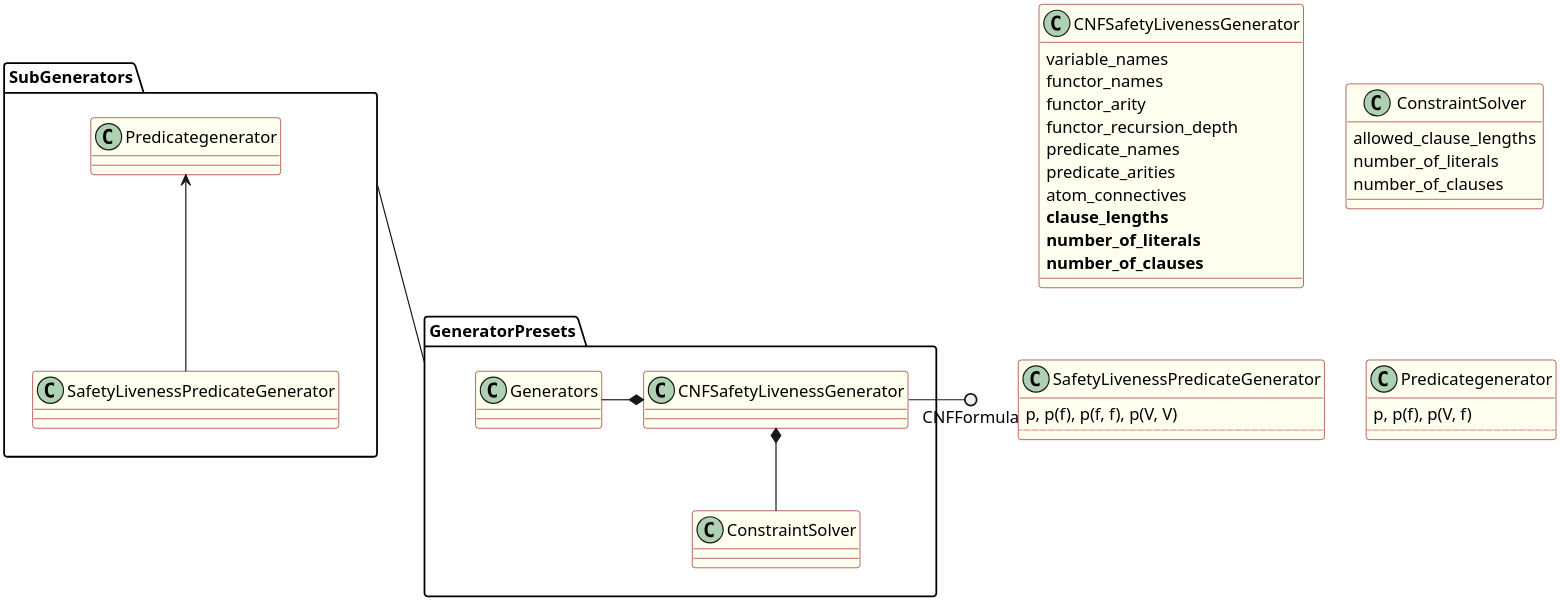
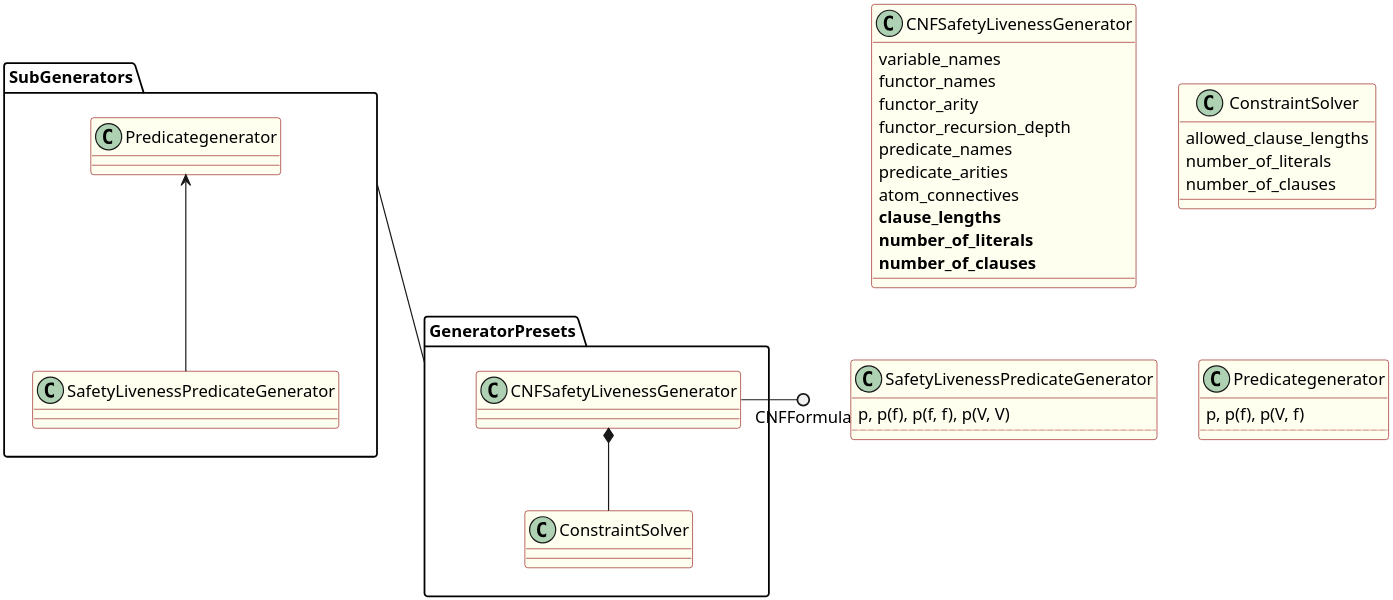
Before and after one commit to Mateusz-Grzelinski/set-research-documentation: the diagram in logic-formula-generator/fol/safety_liveness_predicate_generator.puml, drawn with PlantUML. The commit also changed 14 other files, not shown here.

```diff
--- a/logic-formula-generator/fol/safety_liveness_predicate_generator.puml
+++ b/logic-formula-generator/fol/safety_liveness_predicate_generator.puml
@@ -1,48 +1,47 @@
 @startuml
 skinparam dpi 300
 
 skinparam class {
   backgroundColor Ivory
   borderColor DarkRed
 }
 
 package SubGenerators {
   Predicategenerator <-- SafetyLivenessPredicateGenerator
 }
 package GeneratorPresets {
-  Generators -* CNFSafetyLivenessGenerator
   CNFSafetyLivenessGenerator *-- ConstraintSolver
 }
 SubGenerators -- GeneratorPresets
 CNFSafetyLivenessGenerator -() CNFFormula
 
 class CNFSafetyLivenessGenerator {
   variable_names 
   functor_names 
   functor_arity 
   functor_recursion_depth 
   predicate_names
   predicate_arities
   atom_connectives
   **clause_lengths**
   **number_of_literals**
   **number_of_clauses**
 }
 
 class ConstraintSolver {
   allowed_clause_lengths
   number_of_literals
   number_of_clauses
 }
 
 class SafetyLivenessPredicateGenerator {
 	p, p(f), p(f, f), p(V, V)
 	..
 }
 
 class Predicategenerator {
 	p, p(f), p(V, f)
 	..
 }
 
 @enduml
```
